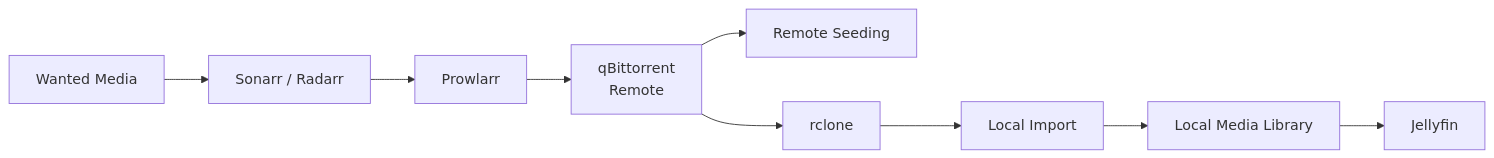
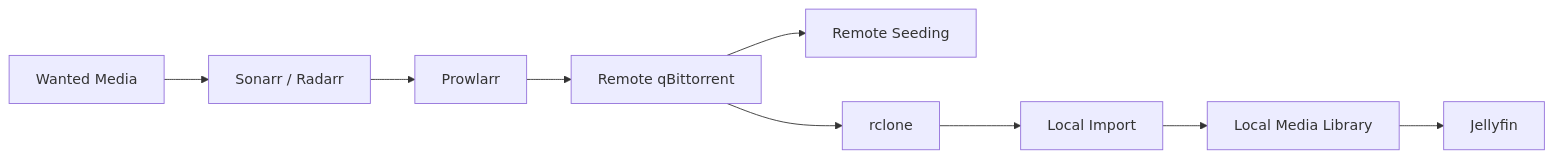
Before and after one commit to GamesR2Fun/Home-lab-public: the third of 3 diagrams in architecture/overview.md, drawn with Mermaid. The commit also changed other lines of this file and 4 other files, not shown here.

````diff
--- a/architecture/overview.md
+++ b/architecture/overview.md
@@ -70,11 +70,11 @@
 ```mermaid
 flowchart LR
     Requests[Wanted Media] --> Sonarr[Sonarr / Radarr]
     Sonarr --> Prowlarr[Prowlarr]
-    Prowlarr --> QBT[qBittorrent\nRemote]
+    Prowlarr --> QBT[Remote qBittorrent]
     QBT --> Seed[Remote Seeding]
     QBT --> Rclone[rclone]
     Rclone --> Import[Local Import]
     Import --> Library[Local Media Library]
     Library --> Jellyfin[Jellyfin]
 ```
````
